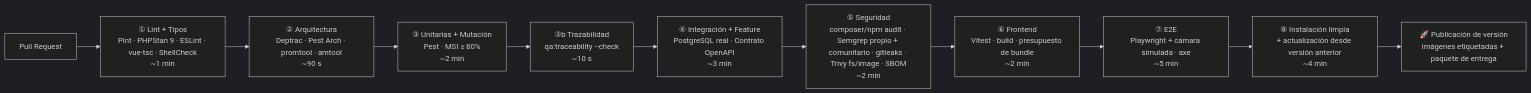
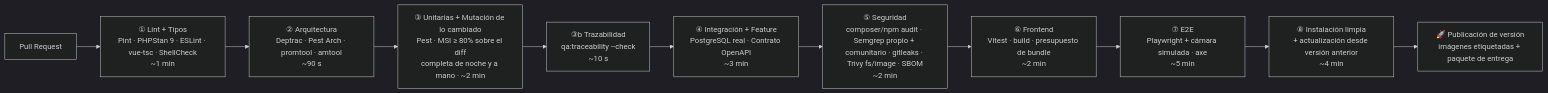
Before and after one commit to BorjaPeonSaiz/KronoQR: the sixth of 6 diagrams in docs/02-stack-tecnologico-y-plan-implementacion.md, drawn with Mermaid (dark theme). The commit also changed other lines of this file and 29 other files, not shown here.

````diff
--- a/docs/02-stack-tecnologico-y-plan-implementacion.md
+++ b/docs/02-stack-tecnologico-y-plan-implementacion.md
@@ -1052,13 +1059,13 @@
 ```mermaid
 graph LR
     PR["Pull Request"] --> L["① Lint + Tipos<br/>Pint · PHPStan 9 · ESLint · vue-tsc · ShellCheck<br/>~1 min"]
     L --> A["② Arquitectura<br/>Deptrac · Pest Arch · promtool · amtool<br/>~90 s"]
-    A --> U["③ Unitarias + Mutación<br/>Pest · MSI ≥ 80%<br/>~2 min"]
+    A --> U["③ Unitarias + Mutación de lo cambiado<br/>Pest · MSI ≥ 80% sobre el diff<br/>completa de noche y a mano · ~2 min"]
     U --> T["③b Trazabilidad<br/>qa:traceability --check<br/>~10 s"]
     T --> I["④ Integración + Feature<br/>PostgreSQL real · Contrato OpenAPI<br/>~3 min"]
     I --> S["⑤ Seguridad<br/>composer/npm audit · Semgrep propio + comunitario · gitleaks · Trivy fs/image · SBOM<br/>~2 min"]
     S --> F["⑥ Frontend<br/>Vitest · build · presupuesto de bundle<br/>~2 min"]
     F --> E["⑦ E2E<br/>Playwright + cámara simulada · axe<br/>~5 min"]
     E --> INST["⑧ Instalación limpia<br/>+ actualización desde versión anterior<br/>~4 min"]
     INST --> REL["🚀 Publicación de versión<br/>imágenes etiquetadas + paquete de entrega"]
 ```
````
